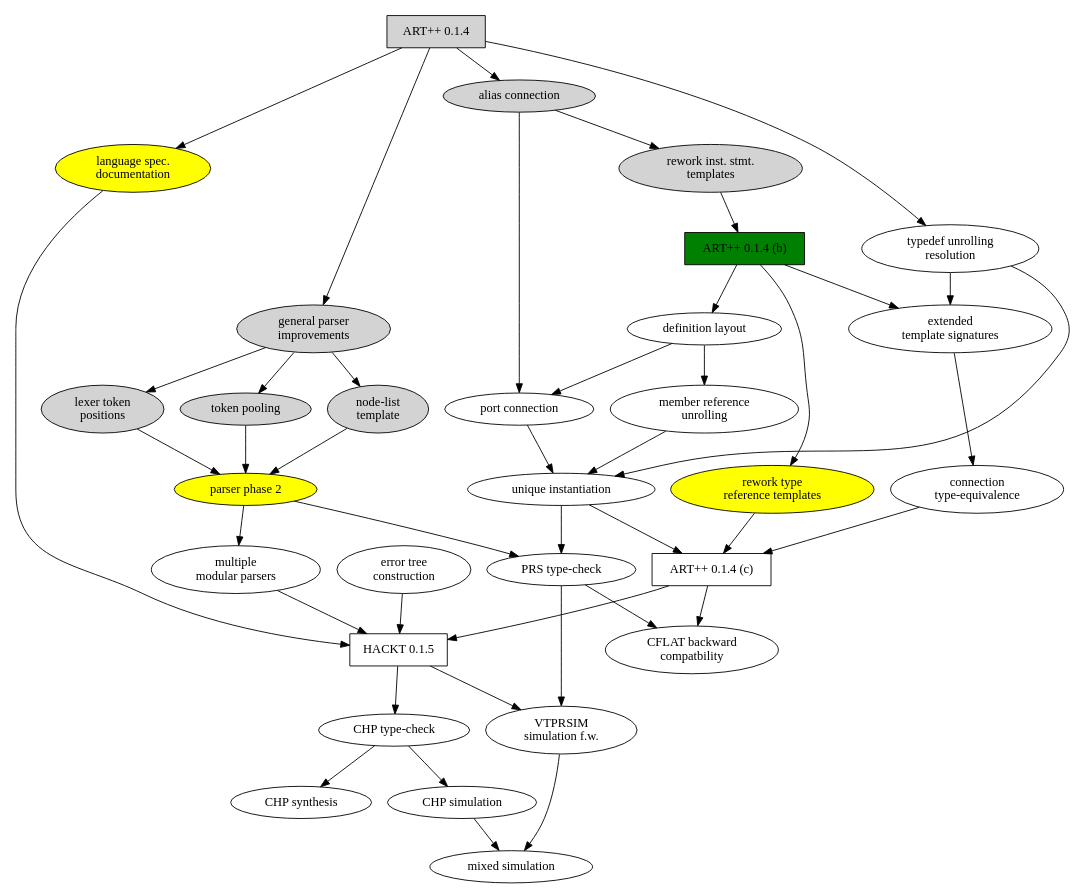
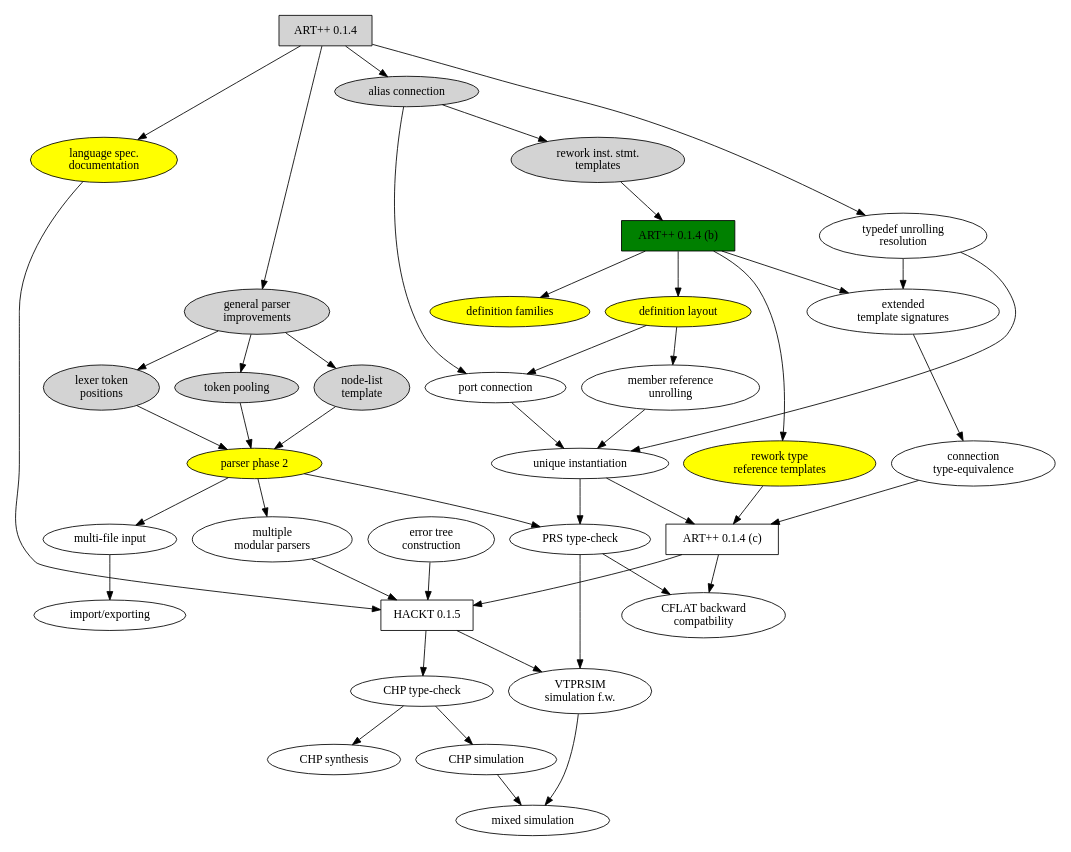
Before and after one commit to fangism/hackt: the diagram in DevelopmentPlan.dot, drawn with Graphviz. The commit also changed 8 other files, not shown here.

```diff
--- a/DevelopmentPlan.dot
+++ b/DevelopmentPlan.dot
@@ -1,91 +1,99 @@
 # "DevelopmentPlan.dot"
 
 digraph G {
 size="9,10";
 
 ARTXX_00_01_04		[shape=box, style=filled, label="ART++ 0.1.4"];
 ARTXX_00_01_04_b	[shape=box, style=filled, fillcolor=green, 
 				label="ART++ 0.1.4 (b)"];
 ARTXX_00_01_04_c	[shape=box, label="ART++ 0.1.4 (c)"];
 ARTXX_00_01_05		[shape=box, label="HACKT 0.1.5"];
 
 DOCS_00_01_04		[shape=ellipse, style=filled, fillcolor=yellow, 
 				label="language spec.\ndocumentation"];
 PARSER_00_01_04		[shape=ellipse, style=filled, 
 				label="general parser\nimprovements"];
 LEX_00_01_04		[shape=ellipse, style=filled,
 				label="lexer token\npositions"];
 TOKENPOOL_00_01_04	[shape=ellipse, style=filled, label="token pooling"];
 NODELIST_00_01_04	[shape=ellipse, style=filled, 
 				label="node-list\ntemplate"];
 PARSER_B_00_01_04	[shape=ellipse, style=filled, fillcolor=yellow,
 				label="parser phase 2"];
+MULTIFILE_00_01_04	[shape=ellipse, label="multi-file input"];
+IMPORT_00_01_05		[shape=ellipse, label="import/exporting"];
 UNIQUE_00_01_04		[shape=ellipse, label="unique instantiation"];
 ALIAS_00_01_04		[shape=ellipse, style=filled, label="alias connection"];
 PORT_00_01_04		[shape=ellipse, label="port connection"];
 MEMBER_00_01_04		[shape=ellipse, label="member reference\nunrolling"];
 TYPEDEF_00_01_04	[shape=ellipse, label="typedef unrolling\nresolution"];
-DEFLAYOUT_00_01_04	[shape=ellipse, label="definition layout"];
+DEFFAMILY_00_01_04	[shape=ellipse, style=filled, fillcolor=yellow, 
+				label="definition families"];
+DEFLAYOUT_00_01_04	[shape=ellipse, style=filled, fillcolor=yellow, 
+				label="definition layout"];
 INSTSTMT_00_01_04	[shape=ellipse, style=filled, 
 				label="rework inst. stmt.\ntemplates"];
 TYPEREF_00_01_04	[shape=ellipse, style=filled, fillcolor=yellow,
 				label="rework type\nreference templates"];
 EXTTEMPLATE_00_01_04	[shape=ellipse, label="extended\ntemplate signatures"];
 CONNECTEQ_00_01_04	[shape=ellipse, label="connection\ntype-equivalence"];
 CFLAT_00_01_04		[shape=ellipse, label="CFLAT backward\ncompatbility"];
 PRS_00_01_04		[shape=ellipse, label="PRS type-check"];
 ERRORTREE_00_01_04	[shape=ellipse, label="error tree\nconstruction"];
 MULTIPARSE_00_01_04	[shape=ellipse, label="multiple\nmodular parsers"];
 
 ARTXX_00_01_04 -> DOCS_00_01_04;
 ARTXX_00_01_04 -> PARSER_00_01_04;
 ARTXX_00_01_04 -> ALIAS_00_01_04;
 PARSER_00_01_04 -> LEX_00_01_04;
 PARSER_00_01_04 -> TOKENPOOL_00_01_04;
 PARSER_00_01_04 -> NODELIST_00_01_04;
 LEX_00_01_04 -> PARSER_B_00_01_04;
 TOKENPOOL_00_01_04 -> PARSER_B_00_01_04;
 NODELIST_00_01_04 -> PARSER_B_00_01_04;
 ALIAS_00_01_04 -> PORT_00_01_04;
 PORT_00_01_04 -> UNIQUE_00_01_04;
 MEMBER_00_01_04 -> UNIQUE_00_01_04;
 UNIQUE_00_01_04 -> ARTXX_00_01_04_c;
 ARTXX_00_01_04_b -> DEFLAYOUT_00_01_04;
+ARTXX_00_01_04_b -> DEFFAMILY_00_01_04;
 EXTTEMPLATE_00_01_04 -> CONNECTEQ_00_01_04;
 ARTXX_00_01_04 -> TYPEDEF_00_01_04;
 DEFLAYOUT_00_01_04 -> MEMBER_00_01_04;
 DEFLAYOUT_00_01_04 -> PORT_00_01_04;
 ALIAS_00_01_04 -> INSTSTMT_00_01_04;
 INSTSTMT_00_01_04 -> ARTXX_00_01_04_b;
 ARTXX_00_01_04_b -> EXTTEMPLATE_00_01_04;
 ARTXX_00_01_04_b -> TYPEREF_00_01_04;
 TYPEREF_00_01_04 -> ARTXX_00_01_04_c;
 TYPEDEF_00_01_04 -> UNIQUE_00_01_04;
 TYPEDEF_00_01_04 -> EXTTEMPLATE_00_01_04;
 PARSER_B_00_01_04 -> PRS_00_01_04;
+PARSER_B_00_01_04 -> MULTIFILE_00_01_04;
+MULTIFILE_00_01_04 -> IMPORT_00_01_05;
 UNIQUE_00_01_04 -> PRS_00_01_04;
 
 ARTXX_00_01_04_c -> ARTXX_00_01_05;
 PRS_00_01_04 -> CFLAT_00_01_04;
 ARTXX_00_01_04_c -> CFLAT_00_01_04;
 CONNECTEQ_00_01_04 -> ARTXX_00_01_04_c;
 DOCS_00_01_04 -> ARTXX_00_01_05;
 ERRORTREE_00_01_04 -> ARTXX_00_01_05;
 PARSER_B_00_01_04 -> MULTIPARSE_00_01_04;
 MULTIPARSE_00_01_04 -> ARTXX_00_01_05;
 
 CHP_00_01_05		[shape=ellipse, label="CHP type-check"];
 CHPSYNTH_00_01_05	[shape=ellipse, label="CHP synthesis"];
 CHPSIM_00_01_05		[shape=ellipse, label="CHP simulation"];
 VTPRSIM_00_01_05	[shape=ellipse, label="VTPRSIM\nsimulation f.w."];
 MIXSIM_00_01_05		[shape=ellipse, label="mixed simulation"];
 
 ARTXX_00_01_05 -> CHP_00_01_05;
 CHP_00_01_05 -> CHPSYNTH_00_01_05;
 CHP_00_01_05 -> CHPSIM_00_01_05;
 PRS_00_01_04 -> VTPRSIM_00_01_05;
 ARTXX_00_01_05 -> VTPRSIM_00_01_05;
 VTPRSIM_00_01_05 -> MIXSIM_00_01_05;
 CHPSIM_00_01_05 -> MIXSIM_00_01_05;
 
 }
```
